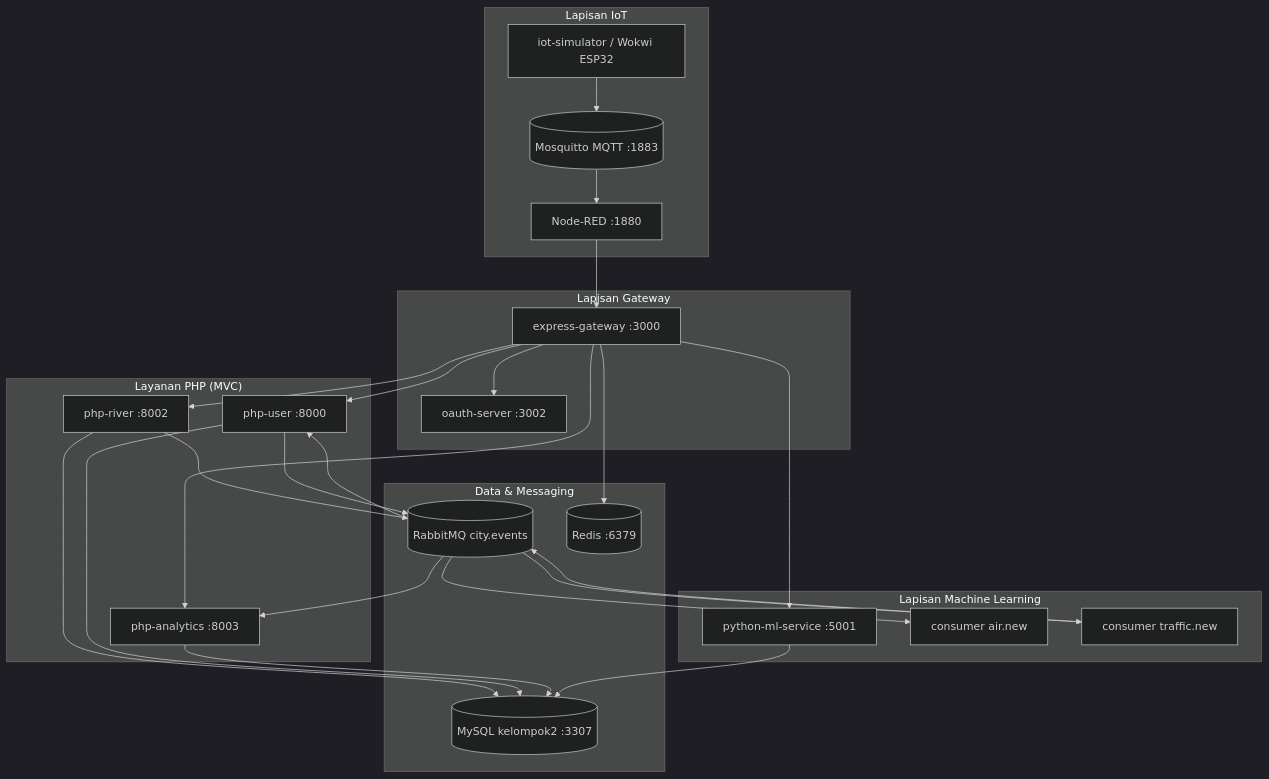
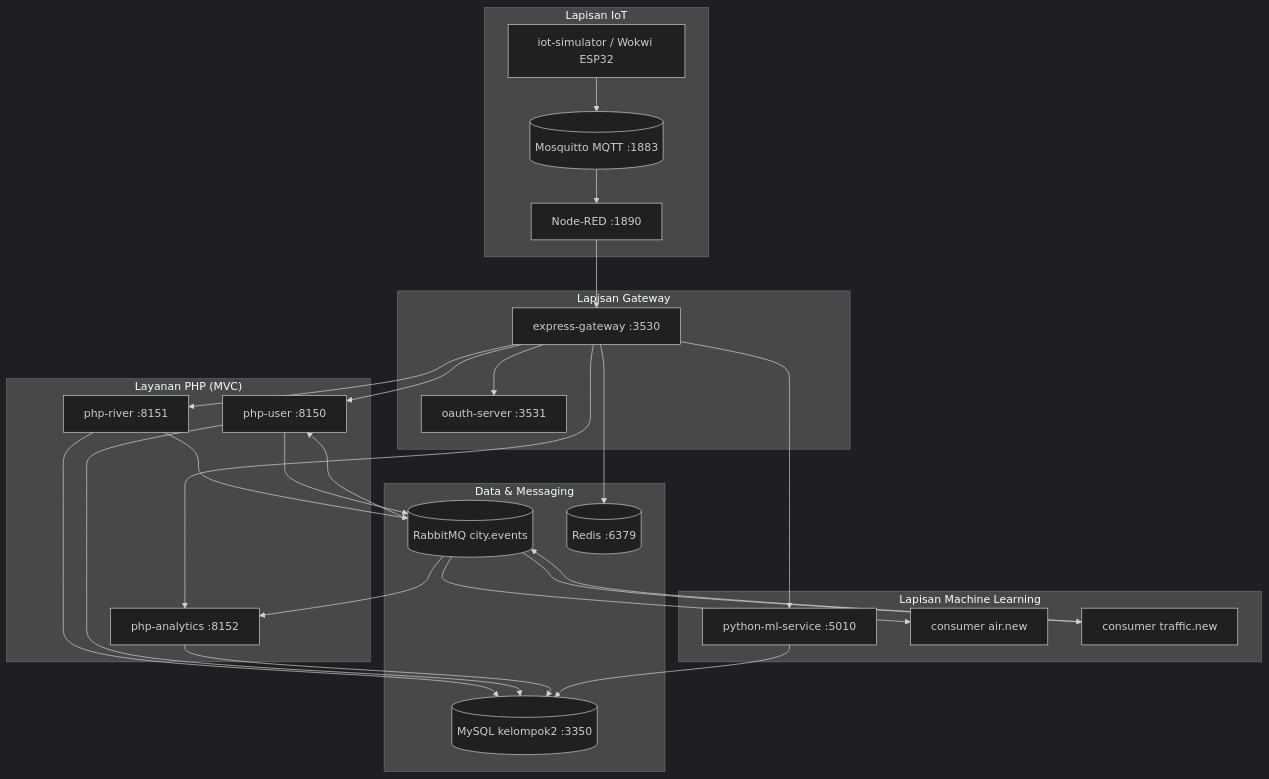
Before and after one commit to Alifsw21/smart-flood-warning-and-monitoring-system: the first of 4 diagrams in docs/architecture.md, drawn with Mermaid (dark theme). The commit also changed other lines of this file and 33 other files, not shown here.

````diff
--- a/docs/architecture.md
+++ b/docs/architecture.md
@@ -11,52 +11,52 @@
 ```mermaid
 flowchart TB
   subgraph IoT["Lapisan IoT"]
     SIM[iot-simulator / Wokwi ESP32]
     MQTT[(Mosquitto MQTT :1883)]
-    NR[Node-RED :1880]
+    NR[Node-RED :1890]
   end
 
   subgraph Gateway["Lapisan Gateway"]
-    GW[express-gateway :3000]
-    OAUTH[oauth-server :3002]
+    GW[express-gateway :3530]
+    OAUTH[oauth-server :3531]
   end
 
   subgraph Services["Layanan PHP (MVC)"]
-    USER[php-user :8000]
-    RIVER[php-river :8002]
-    ANALYTICS[php-analytics :8003]
+    USER[php-user :8150]
+    RIVER[php-river :8151]
+    ANALYTICS[php-analytics :8152]
   end
 
   subgraph ML["Lapisan Machine Learning"]
-    MLAPI[python-ml-service :5001]
+    MLAPI[python-ml-service :5010]
     MLAIR[consumer air.new]
     MLBANJIR[consumer traffic.new]
   end
 
   subgraph Data["Data & Messaging"]
-    MYSQL[(MySQL kelompok2 :3307)]
+    MYSQL[(MySQL kelompok2 :3350)]
     RMQ[(RabbitMQ city.events)]
     REDIS[(Redis :6379)]
   end
 
   SIM --> MQTT
   MQTT --> NR
   NR --> GW
   GW --> OAUTH
   GW --> USER
   GW --> RIVER
   GW --> ANALYTICS
   GW --> MLAPI
   RIVER --> MYSQL
   USER --> MYSQL
   ANALYTICS --> MYSQL
   RIVER --> RMQ
   USER --> RMQ
   RMQ --> MLAIR
   RMQ --> MLBANJIR
   MLBANJIR --> RMQ
   RMQ --> ANALYTICS
   RMQ --> USER
   MLAPI --> MYSQL
   GW --> REDIS
 ```
````
